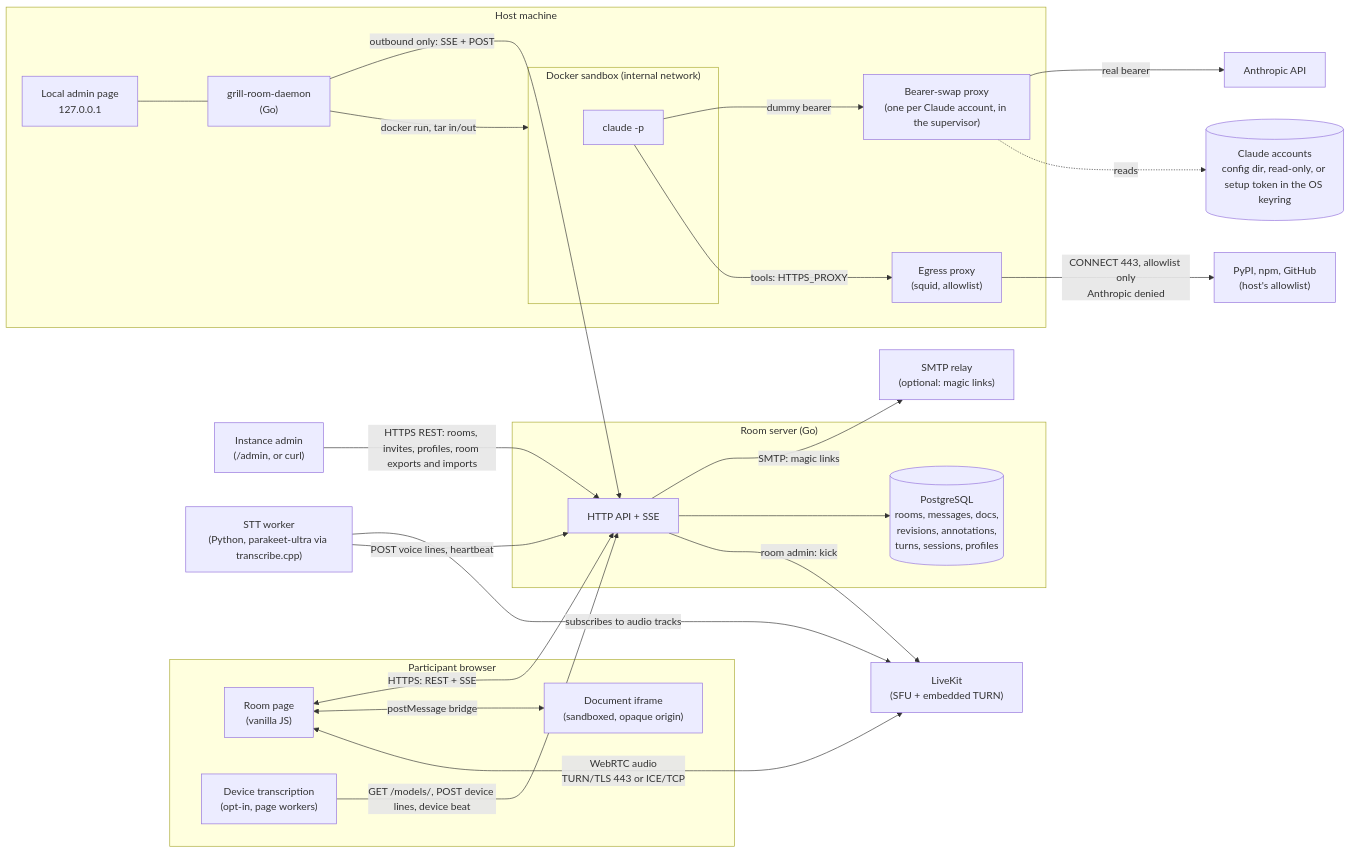
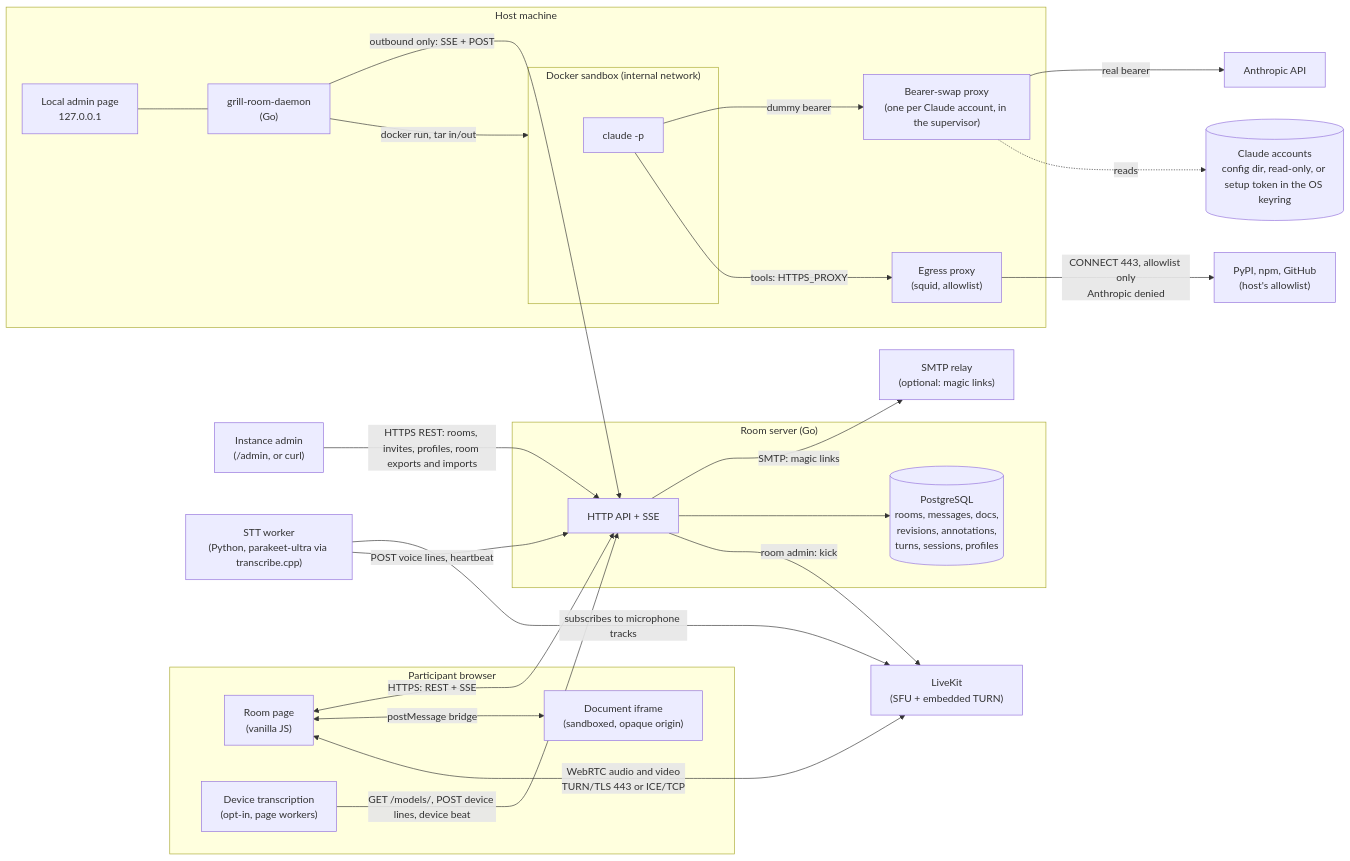
Before and after one commit to babs/grill-room: the diagram in docs/architecture.md, drawn with Mermaid. The commit also changed other lines of this file and 20 other files, not shown here.

````diff
--- a/docs/architecture.md
+++ b/docs/architecture.md
@@ -5,50 +5,50 @@
 ```mermaid
 flowchart LR
   subgraph Browser["Participant browser"]
     UI["Room page<br/>(vanilla JS)"]
     Frame["Document iframe<br/>(sandboxed, opaque origin)"]
     DevSTT["Device transcription<br/>(opt-in, page workers)"]
   end
 
   subgraph Server["Room server (Go)"]
     API["HTTP API + SSE"]
     Store[("PostgreSQL<br/>rooms, messages, docs,<br/>revisions, annotations,<br/>turns, sessions, profiles")]
   end
 
   AdminC["Instance admin<br/>(/admin, or curl)"]
   SMTP["SMTP relay<br/>(optional: magic links)"]
   LK["LiveKit<br/>(SFU + embedded TURN)"]
   STT["STT worker<br/>(Python, parakeet-ultra via transcribe.cpp)"]
 
   subgraph Host["Host machine"]
     Daemon["grill-room-daemon<br/>(Go)"]
     Admin["Local admin page<br/>127.0.0.1"]
     Proxy["Bearer-swap proxy<br/>(one per Claude account, in the supervisor)"]
     subgraph Sandbox["Docker sandbox (internal network)"]
       Claude["claude -p"]
     end
     Squid["Egress proxy<br/>(squid, allowlist)"]
   end
 
   Anthropic["Anthropic API"]
   Creds[("Claude accounts<br/>config dir, read-only, or setup token in the OS keyring")]
 
   UI <-->|"HTTPS: REST + SSE"| API
   AdminC -->|"HTTPS REST: rooms, invites, profiles, room exports and imports"| API
   API -->|"SMTP: magic links"| SMTP
   UI <-->|"postMessage bridge"| Frame
-  UI <-->|"WebRTC audio<br/>TURN/TLS 443 or ICE/TCP"| LK
-  STT -->|"subscribes to audio tracks"| LK
+  UI <-->|"WebRTC audio and video<br/>TURN/TLS 443 or ICE/TCP"| LK
+  STT -->|"subscribes to microphone tracks"| LK
   STT -->|"POST voice lines, heartbeat"| API
   DevSTT -->|"GET /models/, POST device lines, device beat"| API
   API --> Store
   API -->|"room admin: kick"| LK
   Daemon -->|"outbound only: SSE + POST"| API
   Admin --- Daemon
   Daemon -->|"docker run, tar in/out"| Sandbox
   Claude -->|"dummy bearer"| Proxy
   Proxy -->|"real bearer"| Anthropic
   Claude -->|"tools: HTTPS_PROXY"| Squid
   Squid -->|"CONNECT 443, allowlist only<br/>Anthropic denied"| Internet["PyPI, npm, GitHub<br/>(host's allowlist)"]
   Proxy -.->|"reads"| Creds
 ```
````
